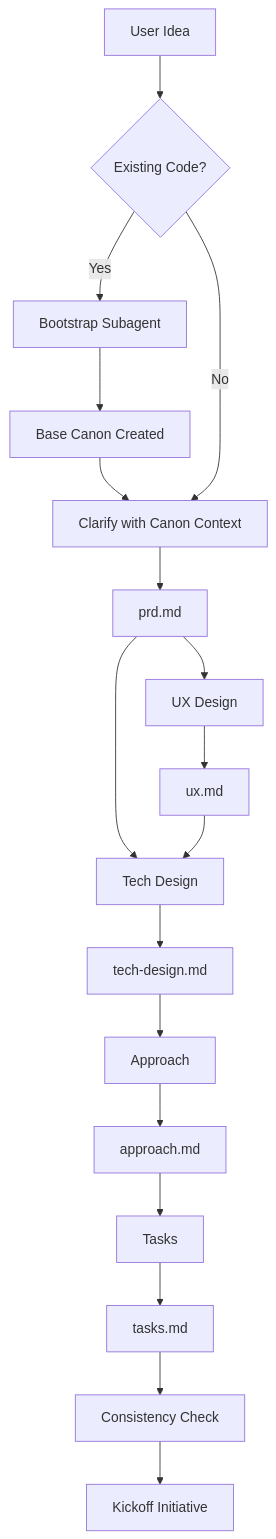
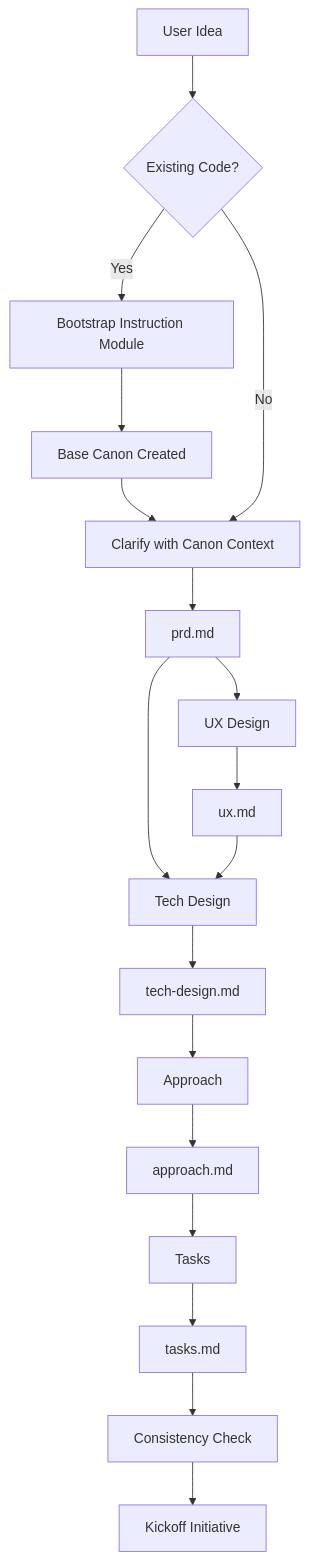
One commit to JacobSampson/cicadas changed the diagram in src/cicadas/emergence/EMERGENCE.md. Above: the diagram before and after it, drawn with Mermaid. The commit also changed other lines of this file and 20 other files, not shown here.

````diff
--- a/src/cicadas/emergence/EMERGENCE.md
+++ b/src/cicadas/emergence/EMERGENCE.md
@@ -73,20 +73,20 @@
 ```mermaid
 graph TD
     User[User Idea] --> Canon{Existing Code?}
-    Canon -->|Yes| Bootstrap[Bootstrap Subagent]
+    Canon -->|Yes| Bootstrap[Bootstrap Instruction Module]
     Bootstrap --> Canonized[Base Canon Created]
     Canonized --> Clarify[Clarify with Canon Context]
     Canon -->|No| Clarify
     Clarify --> PRD[prd.md]
     PRD --> UX[UX Design]
     UX --> UXD[ux.md]
     PRD --> Tech[Tech Design]
     UXD --> Tech
     Tech --> TD[tech-design.md]
     TD --> Approach
     Approach --> APP[approach.md]
     APP --> Tasks
     Tasks --> T[tasks.md]
     T --> CC[Consistency Check]
     CC --> Kickoff[Kickoff Initiative]
 ```
````
